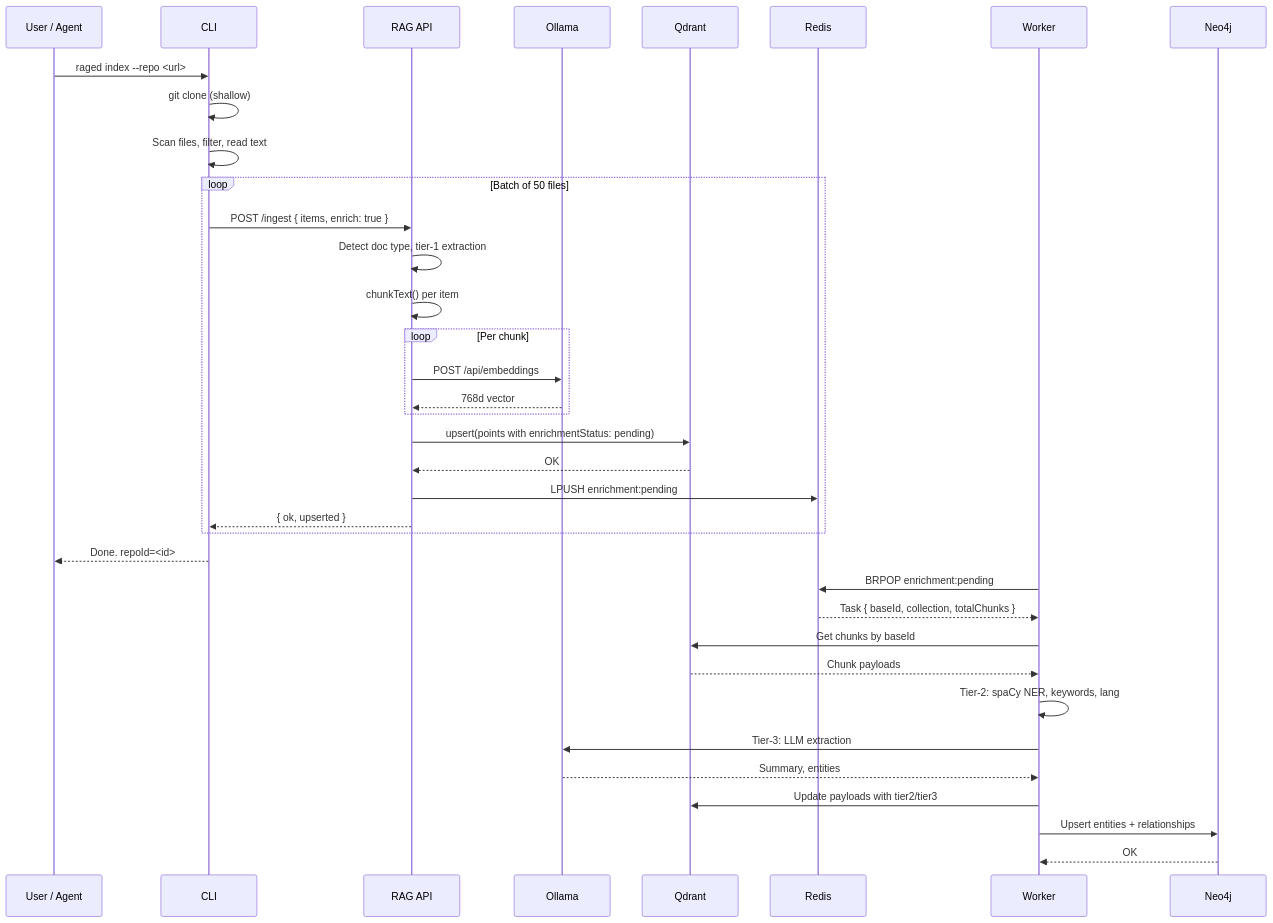
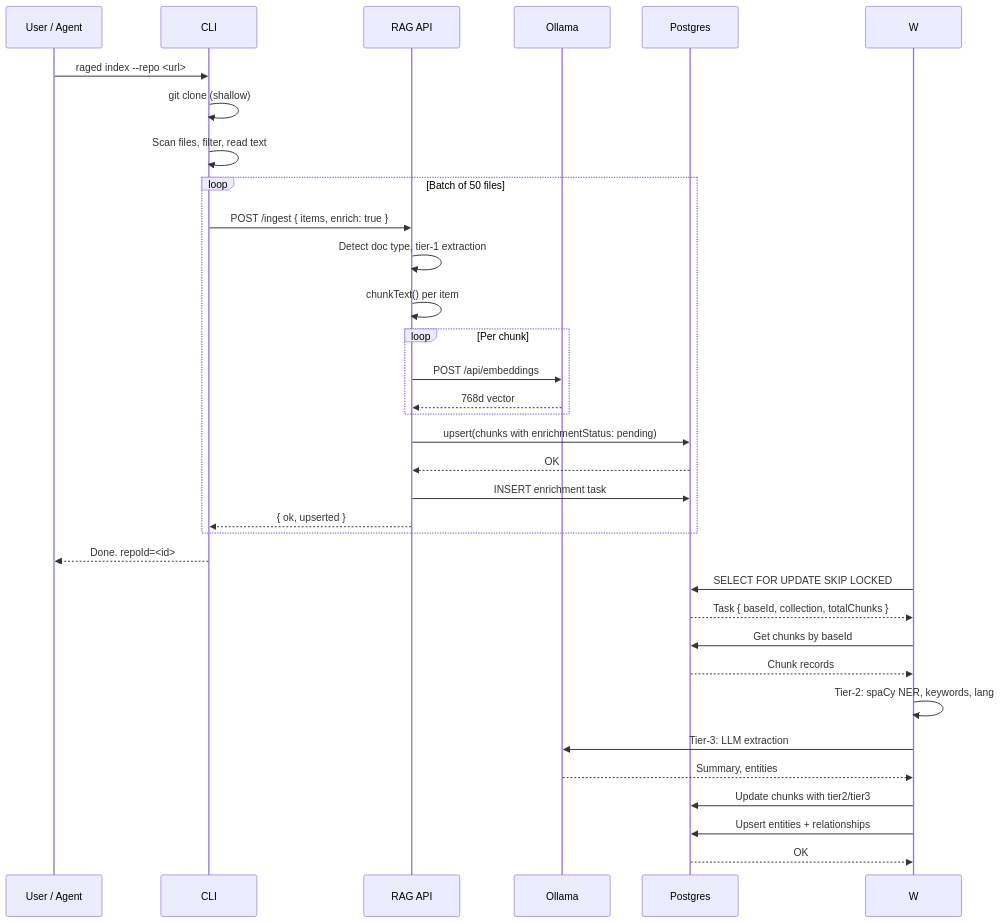
Before and after one commit to mfittko/rag-stack: the third of 7 diagrams in docs/01-architecture.md, drawn with Mermaid. The commit also changed other lines of this file and 6 other files, not shown here.

First line of the commit message:
docs: replace Qdrant/Neo4j/Redis with Postgres+pgvector architecture

````diff
--- a/docs/01-architecture.md
+++ b/docs/01-architecture.md
@@ -154,40 +149,37 @@
 ```mermaid
 sequenceDiagram
     participant U as User / Agent
     participant C as CLI
     participant A as RAG API
     participant O as Ollama
-    participant Q as Qdrant
-    participant R as Redis
-    participant W as Worker
-    participant N as Neo4j
+    participant P as Postgres
 
     U->>C: raged index --repo <url>
     C->>C: git clone (shallow)
     C->>C: Scan files, filter, read text
     loop Batch of 50 files
         C->>A: POST /ingest { items, enrich: true }
         A->>A: Detect doc type, tier-1 extraction
         A->>A: chunkText() per item
         loop Per chunk
             A->>O: POST /api/embeddings
             O-->>A: 768d vector
         end
-        A->>Q: upsert(points with enrichmentStatus: pending)
-        Q-->>A: OK
-        A->>R: LPUSH enrichment:pending
+        A->>P: upsert(chunks with enrichmentStatus: pending)
+        P-->>A: OK
+        A->>P: INSERT enrichment task
         A-->>C: { ok, upserted }
     end
     C-->>U: Done. repoId=<id>
     
-    W->>R: BRPOP enrichment:pending
-    R-->>W: Task { baseId, collection, totalChunks }
-    W->>Q: Get chunks by baseId
-    Q-->>W: Chunk payloads
+    W->>P: SELECT FOR UPDATE SKIP LOCKED
+    P-->>W: Task { baseId, collection, totalChunks }
+    W->>P: Get chunks by baseId
+    P-->>W: Chunk records
     W->>W: Tier-2: spaCy NER, keywords, lang
     W->>O: Tier-3: LLM extraction
     O-->>W: Summary, entities
-    W->>Q: Update payloads with tier2/tier3
-    W->>N: Upsert entities + relationships
-    N-->>W: OK
+    W->>P: Update chunks with tier2/tier3
+    W->>P: Upsert entities + relationships
+    P-->>W: OK
 ```
````
